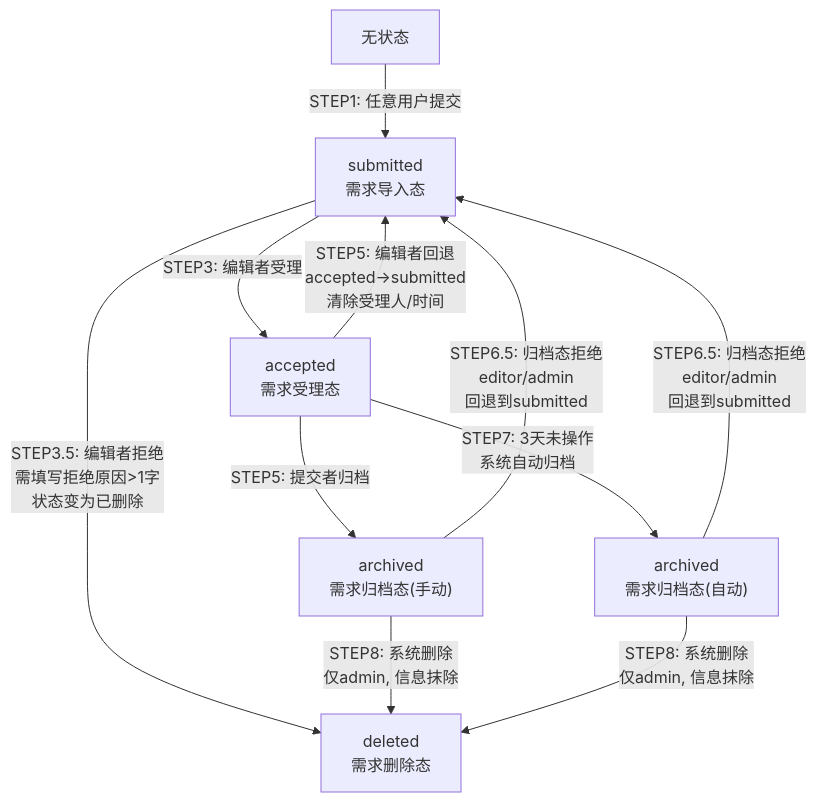
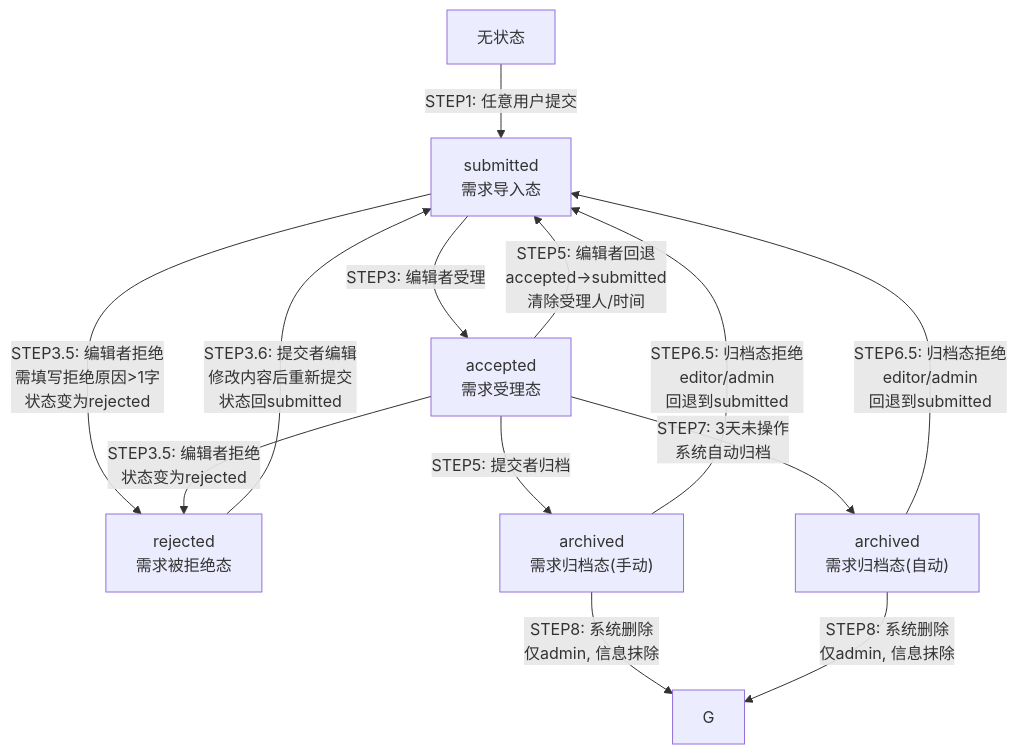
One commit to kill-Japanese/report-check changed the diagram in docs/demand-import-plan.md. Above: the diagram before and after it, drawn with Mermaid. The commit also changed other lines of this file and 3 other files, not shown here.

````diff
--- a/docs/demand-import-plan.md
+++ b/docs/demand-import-plan.md
@@ -71,13 +72,15 @@
 ```mermaid
 flowchart TD
     A["无状态"] -->|STEP1: 任意用户提交| B["submitted<br/>需求导入态"]
     B -->|STEP3: 编辑者受理| C["accepted<br/>需求受理态"]
-    B -->|STEP3.5: 编辑者拒绝<br/>需填写拒绝原因>1字<br/>状态变为已删除| G["deleted<br/>需求删除态"]
+    B -->|STEP3.5: 编辑者拒绝<br/>需填写拒绝原因>1字<br/>状态变为rejected| R["rejected<br/>需求被拒绝态"]
+    C -->|STEP3.5: 编辑者拒绝<br/>状态变为rejected| R
+    R -->|STEP3.6: 提交者编辑<br/>修改内容后重新提交<br/>状态回submitted| B
     C -->|STEP5: 提交者归档| E["archived<br/>需求归档态(手动)"]
     C -->|STEP5: 编辑者回退<br/>accepted→submitted<br/>清除受理人/时间| B
     C -->|STEP7: 3天未操作<br/>系统自动归档| F["archived<br/>需求归档态(自动)"]
     E -->|STEP6.5: 归档态拒绝<br/>editor/admin<br/>回退到submitted| B
     F -->|STEP6.5: 归档态拒绝<br/>editor/admin<br/>回退到submitted| B
     E -->|STEP8: 系统删除<br/>仅admin, 信息抹除| G
     F -->|STEP8: 系统删除<br/>仅admin, 信息抹除| G
 ```
````
